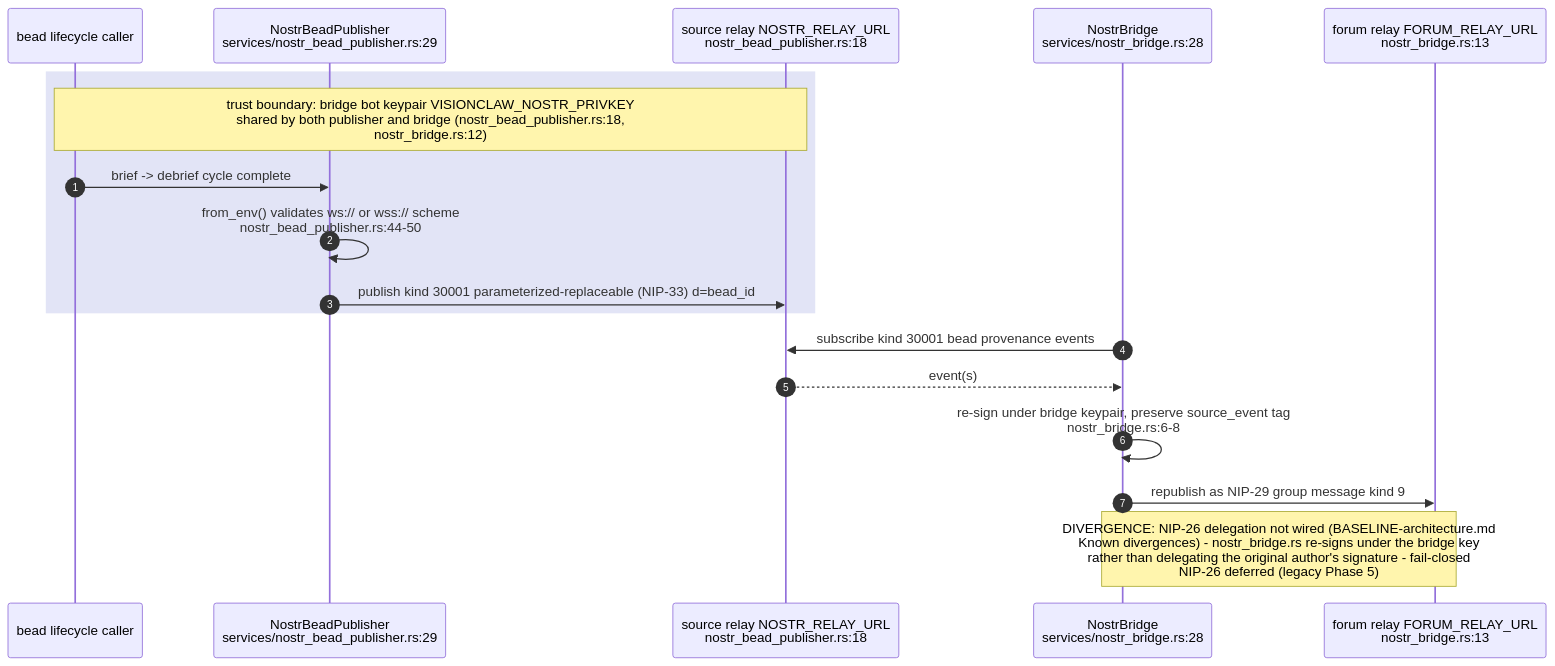
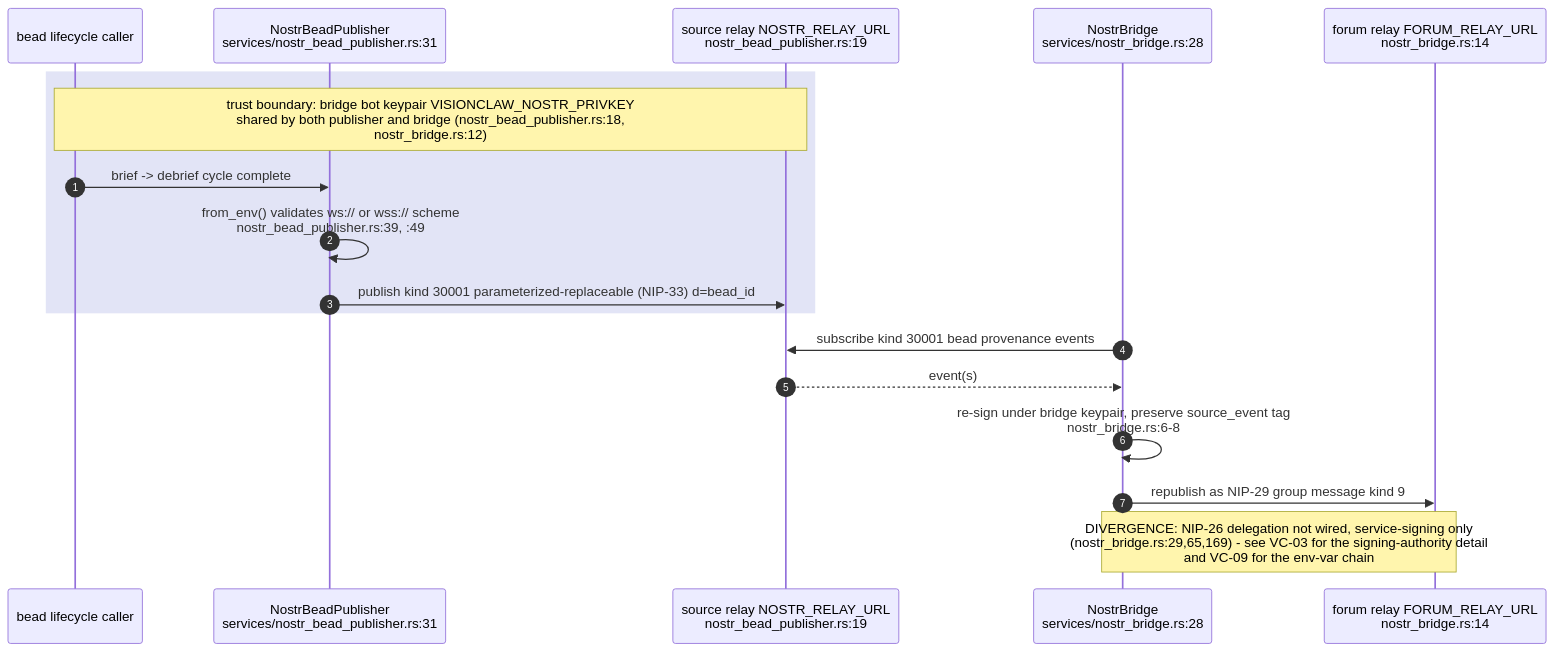
One commit to DreamLab-AI/VisionFlow changed the seventh of 11 diagrams in docs/diagrams/visionclaw/24-acsp-decision-elevation.md. Above: the diagram before and after it, drawn with Mermaid. The commit also changed other lines of this file and 136 other files, not shown here.

First line of the commit message:
docs(diagrams): refresh the whole corpus to code HEAD and prune low-value diagrams

````diff
--- a/docs/diagrams/visionclaw/24-acsp-decision-elevation.md
+++ b/docs/diagrams/visionclaw/24-acsp-decision-elevation.md
@@ -325,20 +279,20 @@
 ```mermaid
 sequenceDiagram
     autonumber
     participant CALLER as bead lifecycle caller
-    participant PUB as NostrBeadPublisher<br/>services/nostr_bead_publisher.rs:29
-    participant SRC as source relay NOSTR_RELAY_URL<br/>nostr_bead_publisher.rs:18
+    participant PUB as NostrBeadPublisher<br/>services/nostr_bead_publisher.rs:31
+    participant SRC as source relay NOSTR_RELAY_URL<br/>nostr_bead_publisher.rs:19
     participant BRIDGE as NostrBridge<br/>services/nostr_bridge.rs:28
-    participant FORUM as forum relay FORUM_RELAY_URL<br/>nostr_bridge.rs:13
+    participant FORUM as forum relay FORUM_RELAY_URL<br/>nostr_bridge.rs:14
     rect rgb(226,228,246)
     Note over CALLER,SRC: trust boundary: bridge bot keypair VISIONCLAW_NOSTR_PRIVKEY<br/>shared by both publisher and bridge (nostr_bead_publisher.rs:18,<br/>nostr_bridge.rs:12)
     CALLER->>PUB: brief -> debrief cycle complete
-    PUB->>PUB: from_env() validates ws:// or wss:// scheme<br/>nostr_bead_publisher.rs:44-50
+    PUB->>PUB: from_env() validates ws:// or wss:// scheme<br/>nostr_bead_publisher.rs:39, :49
     PUB->>SRC: publish kind 30001 parameterized-replaceable (NIP-33) d=bead_id
     end
     BRIDGE->>SRC: subscribe kind 30001 bead provenance events
     SRC-->>BRIDGE: event(s)
     BRIDGE->>BRIDGE: re-sign under bridge keypair, preserve source_event tag<br/>nostr_bridge.rs:6-8
     BRIDGE->>FORUM: republish as NIP-29 group message kind 9
-    Note over BRIDGE,FORUM: DIVERGENCE: NIP-26 delegation not wired (BASELINE-architecture.md<br/>Known divergences) - nostr_bridge.rs re-signs under the bridge key<br/>rather than delegating the original author's signature - fail-closed<br/>NIP-26 deferred (legacy Phase 5)
+    Note over BRIDGE,FORUM: DIVERGENCE: NIP-26 delegation not wired, service-signing only<br/>(nostr_bridge.rs:29,65,169) - see VC-03 for the signing-authority detail<br/>and VC-09 for the env-var chain
 ```
````
